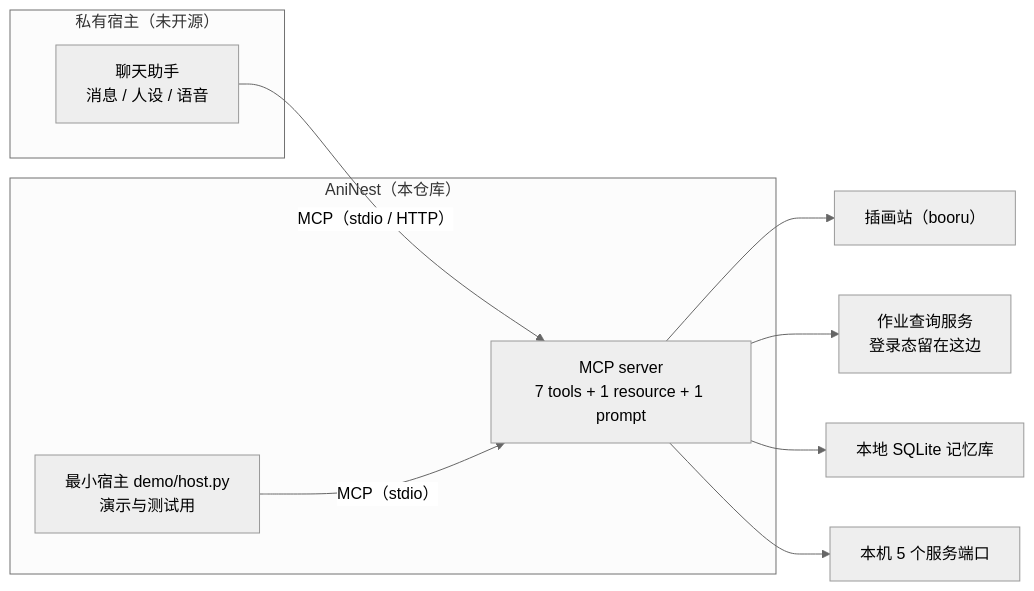
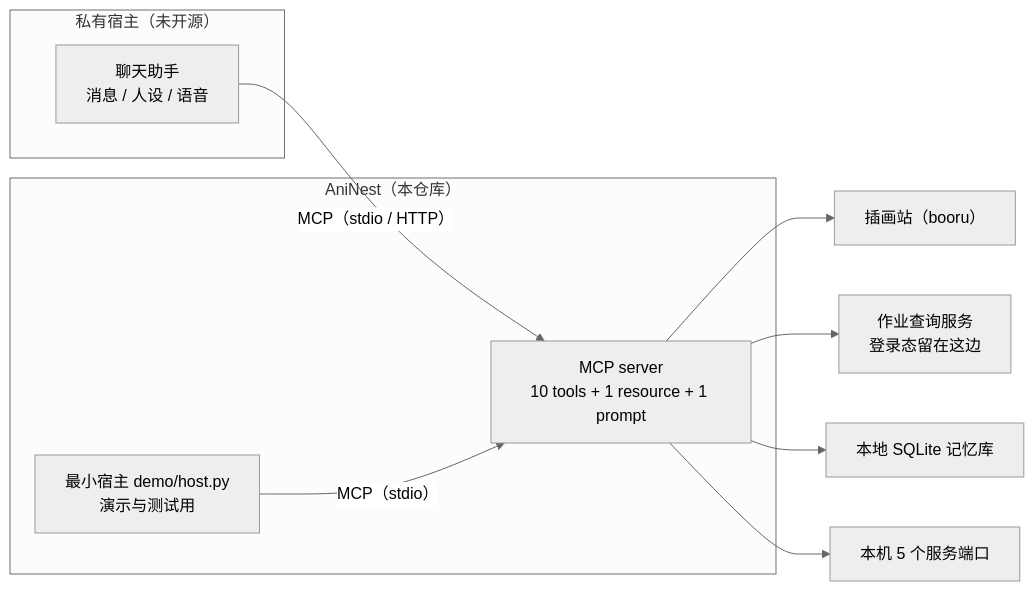
The diagram in README.md (moriruruka/aninest-mcp), drawn with Mermaid (neutral theme) before and after one commit. The commit also changed other lines of this file and 23 other files, not shown here.

````diff
--- a/README.md
+++ b/README.md
@@ -100,16 +112,16 @@
 ```mermaid
 flowchart LR
     subgraph priv["私有宿主（未开源）"]
         A["聊天助手<br/>消息 / 人设 / 语音"]
     end
     subgraph pub["AniNest（本仓库）"]
-        S["MCP server<br/>7 tools + 1 resource + 1 prompt"]
+        S["MCP server<br/>10 tools + 1 resource + 1 prompt"]
         H["最小宿主 demo/host.py<br/>演示与测试用"]
     end
     A -- "MCP（stdio / HTTP）" --> S
     H -- "MCP（stdio）" --> S
     S --> B["插画站（booru）"]
     S --> C["作业查询服务<br/>登录态留在这边"]
     S --> D["本地 SQLite 记忆库"]
     S --> E["本机 5 个服务端口"]
 ```
````
